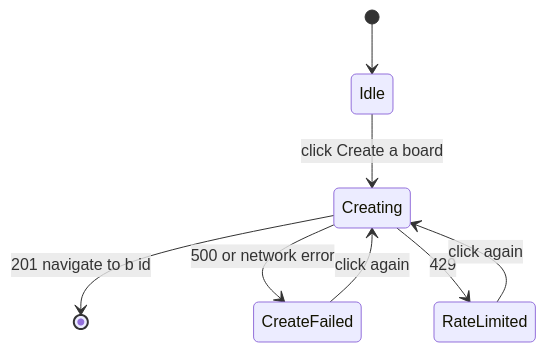
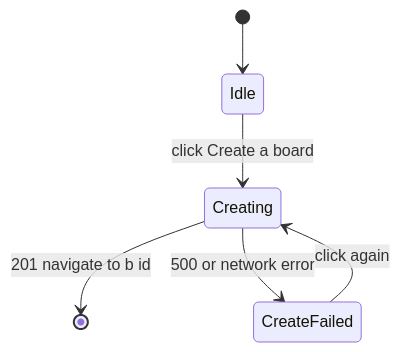
One commit to boxabirds/awesome-local-ai changed the third of 8 diagrams in benchmarks/vidi/spec/stories/005-share-a-board-with-others-using-a-link/design.md. Above: the diagram before and after it, drawn with Mermaid. The commit also changed other lines of this file and 12 other files, not shown here.

````diff
--- a/benchmarks/vidi/spec/stories/005-share-a-board-with-others-using-a-link/design.md
+++ b/benchmarks/vidi/spec/stories/005-share-a-board-with-others-using-a-link/design.md
@@ -90,10 +87,8 @@
 ```mermaid
 stateDiagram-v2
     [*] --> Idle
     Idle --> Creating : click Create a board
     Creating --> [*] : 201 navigate to b id
     Creating --> CreateFailed : 500 or network error
-    Creating --> RateLimited : 429
     CreateFailed --> Creating : click again
-    RateLimited --> Creating : click again
 ```
````
